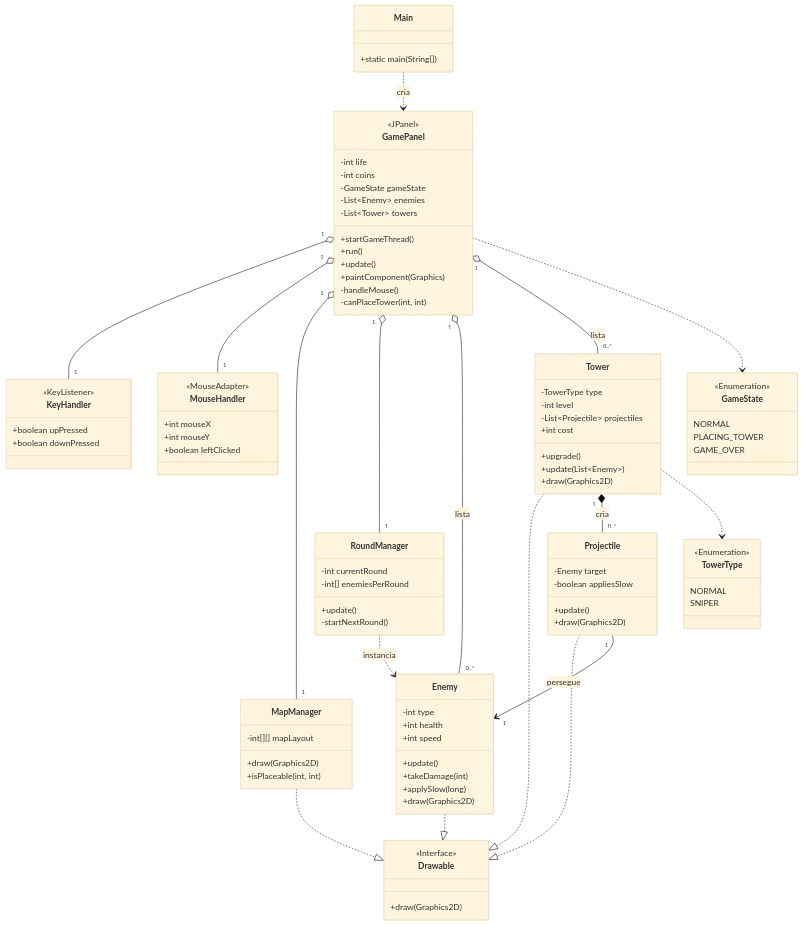
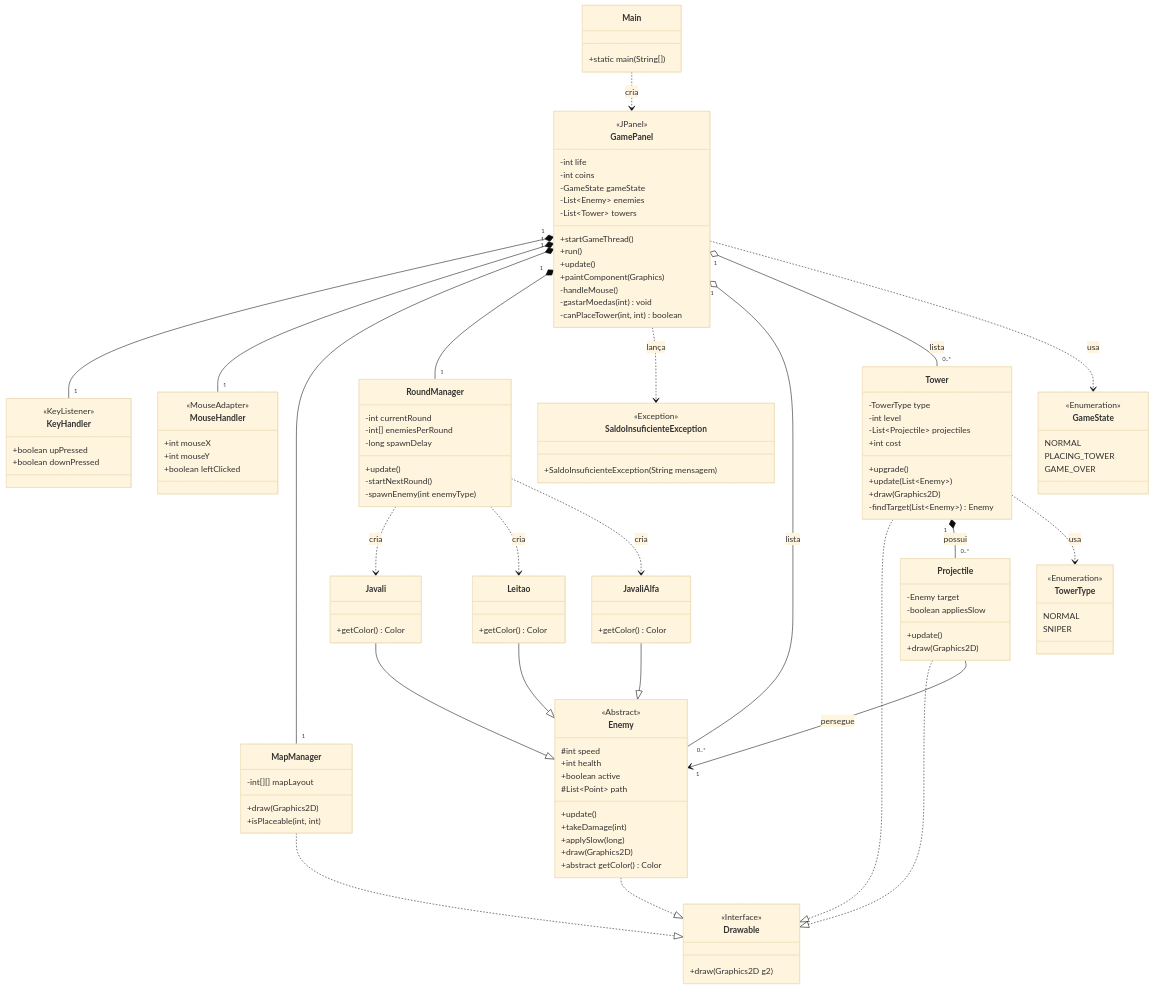
One commit to LPOO-2025-2-AntonioCarlos-e-EdwardLyra/TowerDefense changed the diagram in DIAGRAMA.md. Above: the diagram before and after it, drawn with Mermaid (base theme). The commit also changed 5 other files, not shown here.

Commit message:
docs: Atualiza o diagrama.md

`````diff
--- a/DIAGRAMA.md
+++ b/DIAGRAMA.md
@@ -1,129 +1,166 @@
 ````mermaid
 classDiagram
     direction TB
+%% --- INTERFACES ---
+class Drawable {
+<<Interface>>
++draw(Graphics2D g2)
+}
 
-    %% --- INTERFACES ---
-    class Drawable {
-        <<Interface>>
-        +draw(Graphics2D)
+%% --- EXCEÇÕES ---
+class SaldoInsuficienteException {
+<<Exception>>
++SaldoInsuficienteException(String mensagem)
+}
+
+%% --- CLASSES PRINCIPAIS ---
+class Main {
++static main(String[])
+}
+
+class GamePanel {
+<<JPanel>>
+<<Runnable>>
+-int life
+-int coins
+-GameState gameState
+-List~Enemy~ enemies
+-List~Tower~ towers
++startGameThread()
++run()
++update()
++paintComponent(Graphics)
+-handleMouse()
+-gastarMoedas(int) void
+-canPlaceTower(int, int) boolean
+}
+
+%% --- INPUTS ---
+class KeyHandler {
+<<KeyListener>>
++boolean upPressed
++boolean downPressed
+}
+
+class MouseHandler {
+<<MouseAdapter>>
++int mouseX
++int mouseY
++boolean leftClicked
+}
+
+%% --- GERENCIADORES ---
+class MapManager {
+-int[][] mapLayout
++draw(Graphics2D)
++isPlaceable(int, int)
+}
+
+class RoundManager {
+-int currentRound
+-int[] enemiesPerRound
+-long spawnDelay
++update()
+-startNextRound()
+-spawnEnemy(int enemyType)
+}
+
+%% --- ENTIDADES DO JOGO (DEFESA) ---
+class Tower {
+-TowerType type
+-int level
+-List~Projectile~ projectiles
++int cost
++upgrade()
++update(List~Enemy~)
++draw(Graphics2D)
+-findTarget(List~Enemy~) Enemy
+}
+
+class Projectile {
+-Enemy target
+-boolean appliesSlow
++update()
++draw(Graphics2D)
+}
+
+%% --- ENTIDADES DO JOGO (INIMIGOS) ---
+class Enemy {
+<<Abstract>>
+#int speed
++int health
++boolean active
+#List~Point~ path
++update()
++takeDamage(int)
++applySlow(long)
++draw(Graphics2D)
++abstract getColor() Color
+}
+
+class Javali {
++getColor() Color
+}
+
+class Leitao {
++getColor() Color
+}
+
+class JavaliAlfa {
++getColor() Color
+}
+
+%% --- ENUMS ---
+class GameState {
+<<Enumeration>>
+NORMAL
+PLACING_TOWER
+GAME_OVER
     }
 
-    %% --- CLASSES PRINCIPAIS ---
-    class Main {
-        +static main(String[])
-    }
+class TowerType {
+<<Enumeration>>
+NORMAL
+SNIPER
+}
 
-    class GamePanel {
-        <<JPanel>>
-        <<Runnable>>
-        -int life
-        -int coins
-        -GameState gameState
-        -List~Enemy~ enemies
-        -List~Tower~ towers
-        +startGameThread()
-        +run()
-        +update()
-        +paintComponent(Graphics)
-        -handleMouse()
-        -canPlaceTower(int, int)
-    }
+%% --- RELACIONAMENTOS ---
 
-    %% --- INPUTS ---
-    class KeyHandler {
-        <<KeyListener>>
-        +boolean upPressed
-        +boolean downPressed
-    }
+%% Implementação de Interface
+MapManager ..|> Drawable
+Tower ..|> Drawable
+Enemy ..|> Drawable
+Projectile ..|> Drawable
 
-    class MouseHandler {
-        <<MouseAdapter>>
-        +int mouseX
-        +int mouseY
-        +boolean leftClicked
-    }
+%% Estrutura Principal
+Main ..> GamePanel : cria
+GamePanel "1" *-- "1" KeyHandler
+GamePanel "1" *-- "1" MouseHandler
+GamePanel "1" *-- "1" MapManager
+GamePanel "1" *-- "1" RoundManager
 
-    %% --- GERENCIADORES ---
-    class MapManager {
-        -int[][] mapLayout
-        +draw(Graphics2D)
-        +isPlaceable(int, int)
-    }
+%% Exceções
+GamePanel ..> SaldoInsuficienteException : lança
 
-    class RoundManager {
-        -int currentRound
-        -int[] enemiesPerRound
-        +update()
-        -startNextRound()
-    }
+%% Listas e Conteúdo
+GamePanel "1" o-- "0..*" Enemy : lista
+GamePanel "1" o-- "0..*" Tower : lista
 
-    %% --- ENTIDADES DO JOGO ---
-    class Tower {
-        -TowerType type
-        -int level
-        -List~Projectile~ projectiles
-        +int cost
-        +upgrade()
-        +update(List~Enemy~)
-        +draw(Graphics2D)
-    }
+%% Torres e Projéteis
+Tower "1" *-- "0..*" Projectile : possui
+Tower ..> TowerType : usa
+Projectile --> "1" Enemy : persegue
 
-    class Projectile {
-        -Enemy target
-        -boolean appliesSlow
-        +update()
-        +draw(Graphics2D)
-    }
+%% Herança de Inimigos
+Javali --|> Enemy
+Leitao --|> Enemy
+JavaliAlfa --|> Enemy
 
-    class Enemy {
-        -int type
-        +int health
-        +int speed
-        +update()
-        +takeDamage(int)
-        +applySlow(long)
-        +draw(Graphics2D)
-    }
+%% Lógica de Rounds (Factory Method)
+RoundManager ..> Javali : cria
+RoundManager ..> Leitao : cria
+RoundManager ..> JavaliAlfa : cria
 
-    %% --- ENUMS ---
-    class GameState {
-        <<Enumeration>>
-        NORMAL
-        PLACING_TOWER
-        GAME_OVER
-    }
-
-    class TowerType {
-        <<Enumeration>>
-        NORMAL
-        SNIPER
-    }
-
-    %% --- RELACIONAMENTOS ---
-
-    %% Implementação de Interface (O que tu já fizeste!)
-    MapManager ..|> Drawable
-    Tower ..|> Drawable
-    Enemy ..|> Drawable
-    Projectile ..|> Drawable
-
-    %% Main e GamePanel
-    Main ..> GamePanel : cria
-    GamePanel "1" o-- "1" KeyHandler
-    GamePanel "1" o-- "1" MouseHandler
-    GamePanel "1" o-- "1" MapManager
-    GamePanel "1" o-- "1" RoundManager
-    
-    %% Listas e Conteúdo
-    GamePanel "1" o-- "0..*" Enemy : lista
-    GamePanel "1" o-- "0..*" Tower : lista
-
-    %% Associações Internas
-    Tower "1" *-- "0..*" Projectile : cria
-    Projectile "1" --> "1" Enemy : persegue
-    RoundManager ..> Enemy : instancia
-    
-    %% Enums
-    GamePanel ..> GameState
-    Tower ..> TowerType
+%% Estados
+GamePanel ..> GameState : usa
 ````
`````
